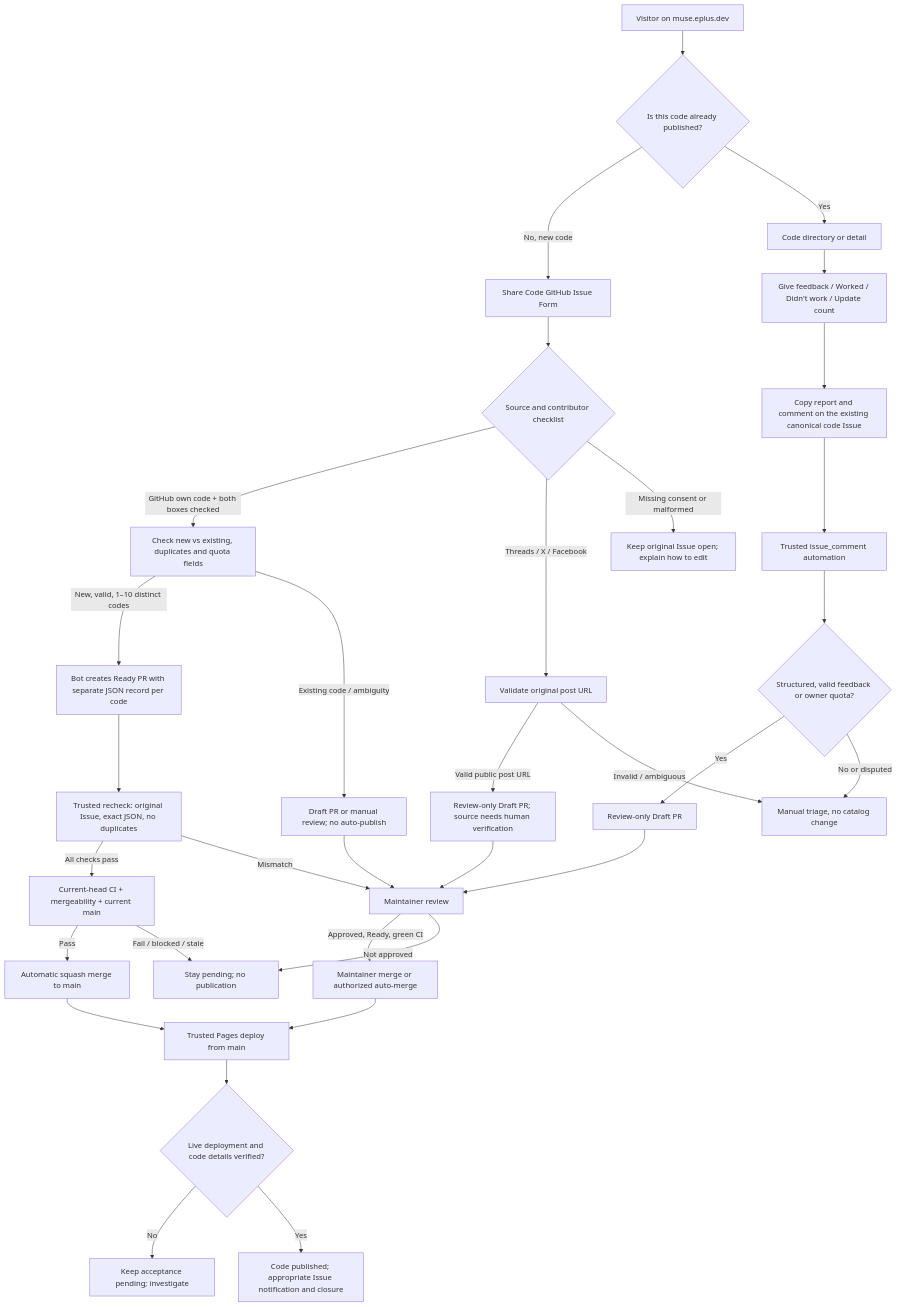
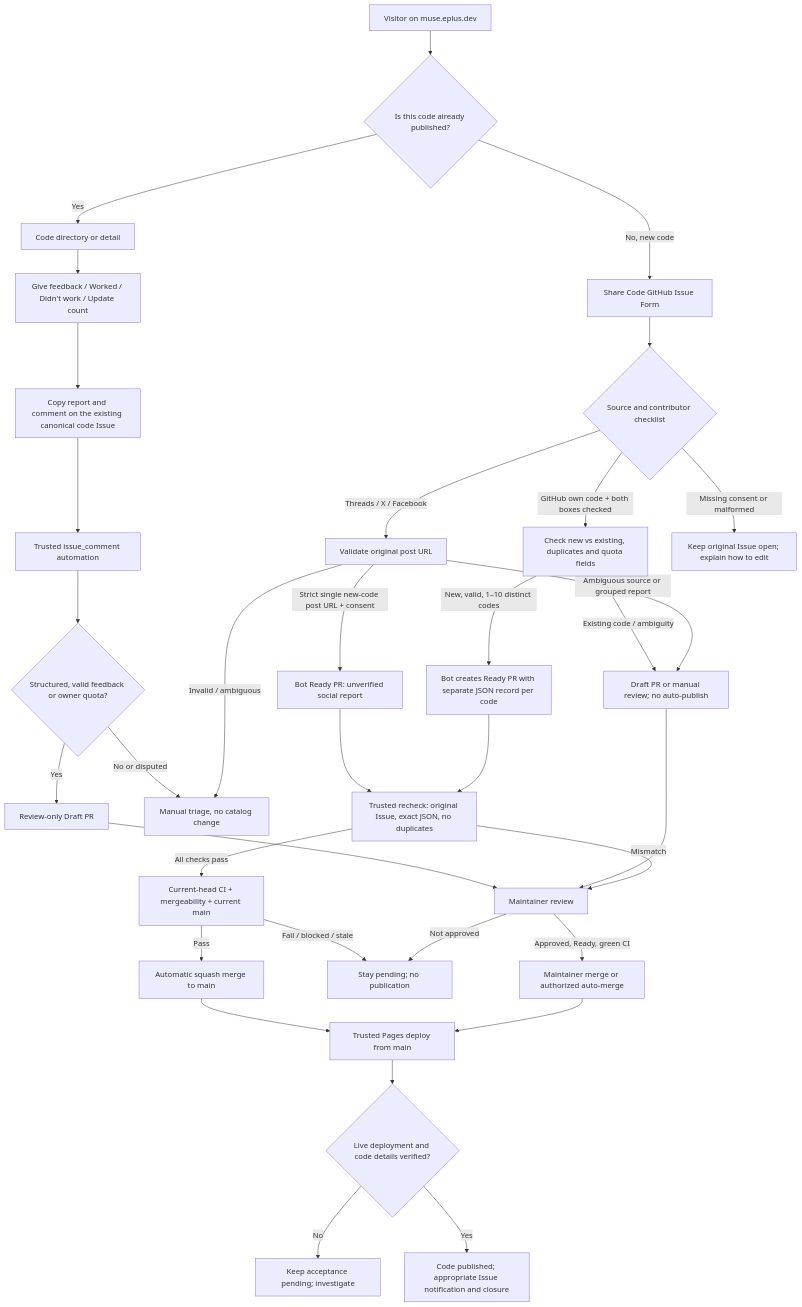
The first of 2 diagrams in docs/CONTRIBUTION_FLOW.md (ePlus-DEV/muse-invite-hub), drawn with Mermaid before and after one commit. The commit also changed other lines of this file, not shown here.

Commit message:
docs: update lifecycle diagrams for comment PR completion and actual DPNIHH snapshot

````diff
--- a/docs/CONTRIBUTION_FLOW.md
+++ b/docs/CONTRIBUTION_FLOW.md
@@ -9,35 +9,36 @@
 ```mermaid
 flowchart TD
     A["Visitor on muse.eplus.dev"] --> B{"Is this code already published?"}
     B -->|"No, new code"| C["Share Code GitHub Issue Form"]
     B -->|"Yes"| D["Code directory or detail"]
     D --> E["Give feedback / Worked / Didn't work / Update count"]
     E --> F["Copy report and comment on the existing canonical code Issue"]
     F --> G["Trusted issue_comment automation"]
     G --> H{"Structured, valid feedback or owner quota?"}
     H -->|"Yes"| I["Review-only Draft PR"]
     H -->|"No or disputed"| J["Manual triage, no catalog change"]
     C --> K{"Source and contributor checklist"}
     K -->|"GitHub own code + both boxes checked"| L["Check new vs existing, duplicates and quota fields"]
     K -->|"Threads / X / Facebook"| M["Validate original post URL"]
     K -->|"Missing consent or malformed"| N["Keep original Issue open; explain how to edit"]
     L -->|"New, valid, 1–10 distinct codes"| O["Bot creates Ready PR with separate JSON record per code"]
     L -->|"Existing code / ambiguity"| P["Draft PR or manual review; no auto-publish"]
-    M -->|"Valid public post URL"| Q["Review-only Draft PR; source needs human verification"]
+    M -->|"Strict single new-code post URL + consent"| Q["Bot Ready PR: unverified social report"]
+    M -->|"Ambiguous source or grouped report"| P
     M -->|"Invalid / ambiguous"| J
     I --> R["Maintainer review"]
     P --> R
-    Q --> R
+    Q --> S
     O --> S["Trusted recheck: original Issue, exact JSON, no duplicates"]
     S -->|"All checks pass"| T["Current-head CI + mergeability + current main"]
     S -->|"Mismatch"| R
     T -->|"Pass"| U["Automatic squash merge to main"]
     T -->|"Fail / blocked / stale"| V["Stay pending; no publication"]
     R -->|"Approved, Ready, green CI"| W["Maintainer merge or authorized auto-merge"]
     R -->|"Not approved"| V
     U --> X["Trusted Pages deploy from main"]
     W --> X
     X --> Y{"Live deployment and code details verified?"}
     Y -->|"No"| Z["Keep acceptance pending; investigate"]
     Y -->|"Yes"| AA["Code published; appropriate Issue notification and closure"]
 ```
````
